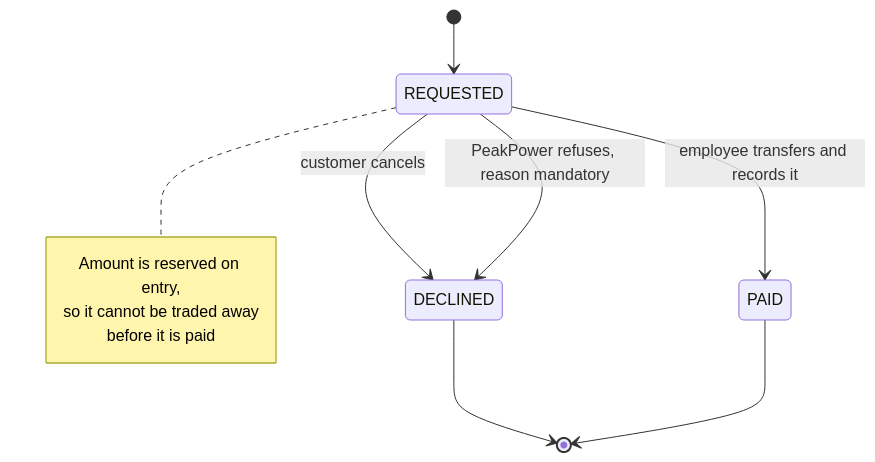
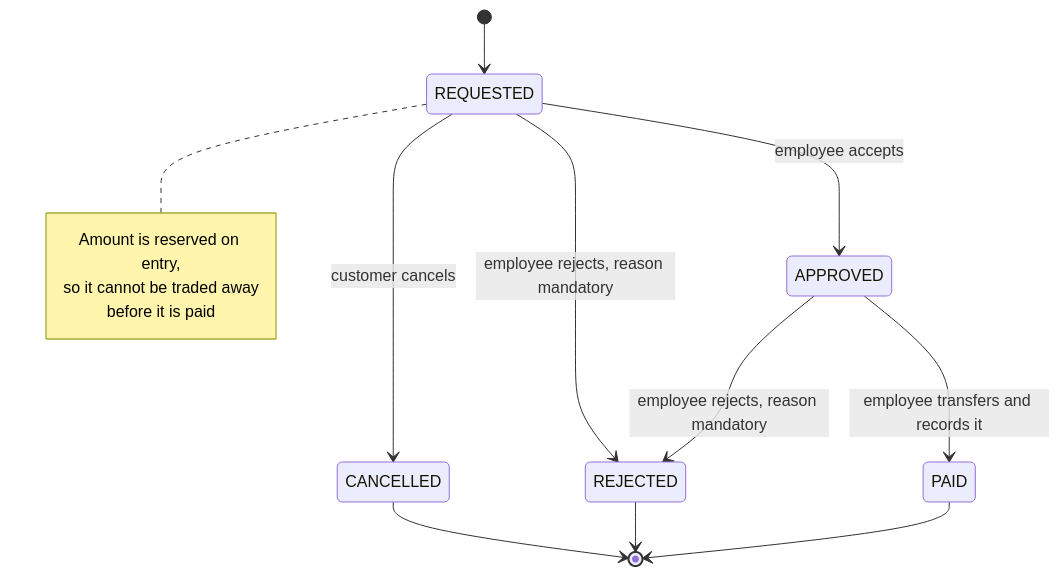
Before and after one commit to lukastosic-ifd/peakpowerspecs: the third of 3 diagrams in specs/10-features/F06-wallet-and-ledger.md, drawn with Mermaid. The commit also changed other lines of this file and 4 other files, not shown here.

````diff
--- a/specs/10-features/F06-wallet-and-ledger.md
+++ b/specs/10-features/F06-wallet-and-ledger.md
@@ -263,15 +268,18 @@
 ```mermaid
 stateDiagram-v2
     [*] --> REQUESTED
-    REQUESTED --> DECLINED: customer cancels
-    REQUESTED --> PAID: employee transfers and records it
-    REQUESTED --> DECLINED: PeakPower refuses, reason mandatory
-    DECLINED --> [*]
+    REQUESTED --> CANCELLED: customer cancels
+    REQUESTED --> APPROVED: employee accepts
+    REQUESTED --> REJECTED: employee rejects, reason mandatory
+    APPROVED --> REJECTED: employee rejects, reason mandatory
+    APPROVED --> PAID: employee transfers and records it
+    CANCELLED --> [*]
+    REJECTED --> [*]
     PAID --> [*]
 
     note right of REQUESTED
         Amount is reserved on entry,
         so it cannot be traded away
         before it is paid
     end note
 ```
````
